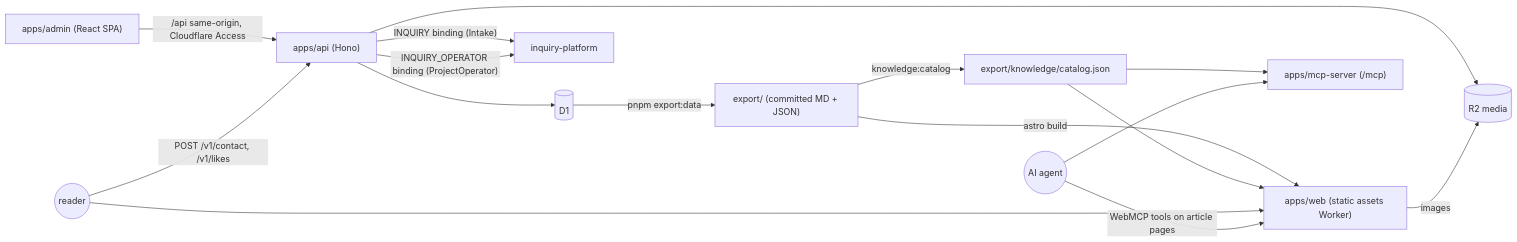
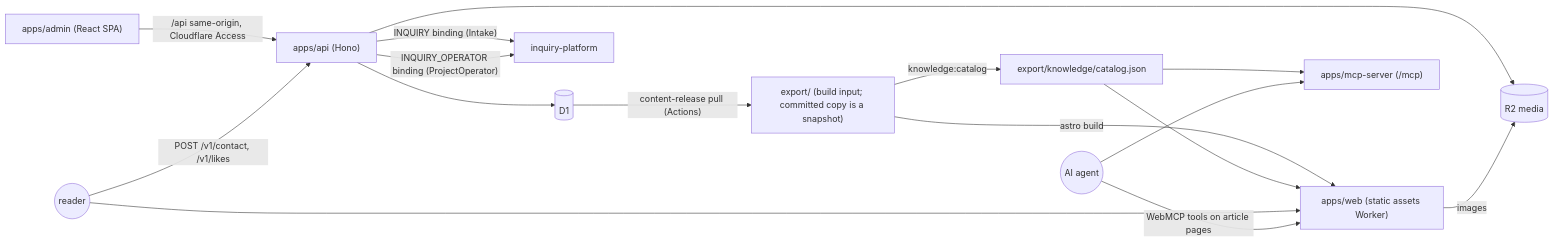
Before and after one commit to tomoki013/tomokichi-diary: the diagram in docs/ARCHITECTURE.md, drawn with Mermaid. The commit also changed other lines of this file and 64 other files, not shown here.

````diff
--- a/docs/ARCHITECTURE.md
+++ b/docs/ARCHITECTURE.md
@@ -14,18 +12,18 @@
 ```mermaid
 flowchart LR
   Admin["apps/admin (React SPA)"] -- "/api same-origin, Cloudflare Access" --> API["apps/api (Hono)"]
   API --> D1[(D1)]
   API --> R2[(R2 media)]
-  D1 -- "pnpm export:data" --> Export["export/ (committed MD + JSON)"]
+  D1 -- "content-release pull (Actions)" --> Export["export/ (build input; committed copy is a snapshot)"]
   Export -- "astro build" --> Web["apps/web (static assets Worker)"]
   Export -- "knowledge:catalog" --> Catalog["export/knowledge/catalog.json"]
   Catalog --> Web
   Catalog --> MCP["apps/mcp-server (/mcp)"]
   Reader((reader)) --> Web
   Reader -- "POST /v1/contact, /v1/likes" --> API
   API -- "INQUIRY binding (Intake)" --> Inquiry["inquiry-platform"]
   API -- "INQUIRY_OPERATOR binding (ProjectOperator)" --> Inquiry
   Agent((AI agent)) --> MCP
   Agent -- "WebMCP tools on article pages" --> Web
   Web -- "images" --> R2
 ```
````
